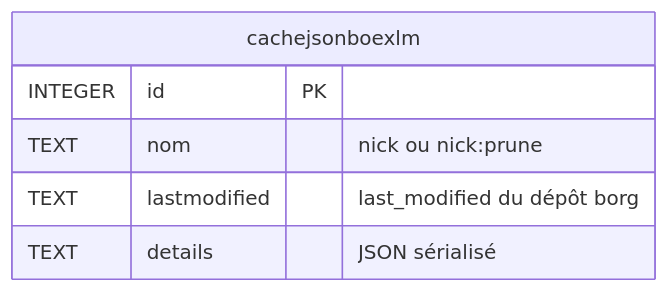
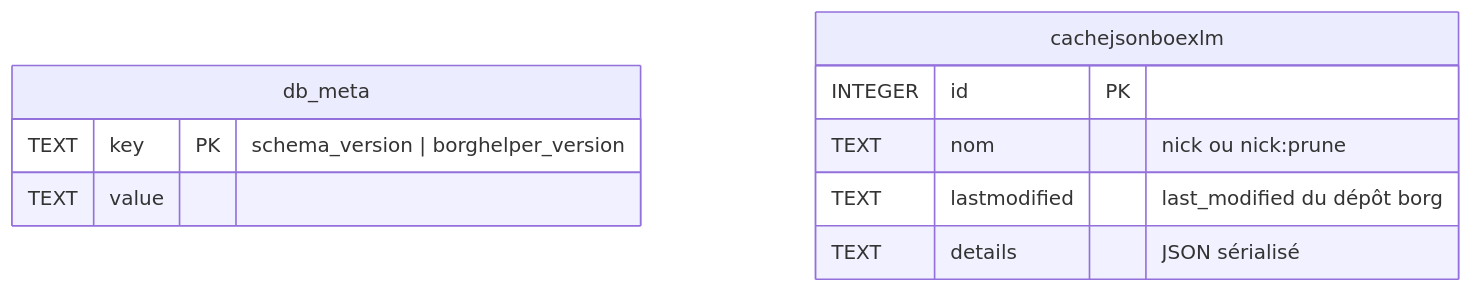
Before and after one commit to adlp/Misc: the first of 2 diagrams in Borg/TECHNICAL.md, drawn with Mermaid. The commit also changed other lines of this file, not shown here.

Commit message:
borgHelper 1.0.41 — TECHNICAL.md : ajout table db_meta et versionning schéma

````diff
--- a/Borg/TECHNICAL.md
+++ b/Borg/TECHNICAL.md
@@ -46,9 +46,14 @@
 ```mermaid
 erDiagram
+    db_meta {
+        TEXT key PK "schema_version | borghelper_version"
+        TEXT value
+    }
+
     cachejsonboexlm {
         INTEGER id PK
         TEXT nom "nick ou nick:prune"
         TEXT lastmodified "last_modified du dépôt borg"
         TEXT details "JSON sérialisé"
     }
 ```
````
